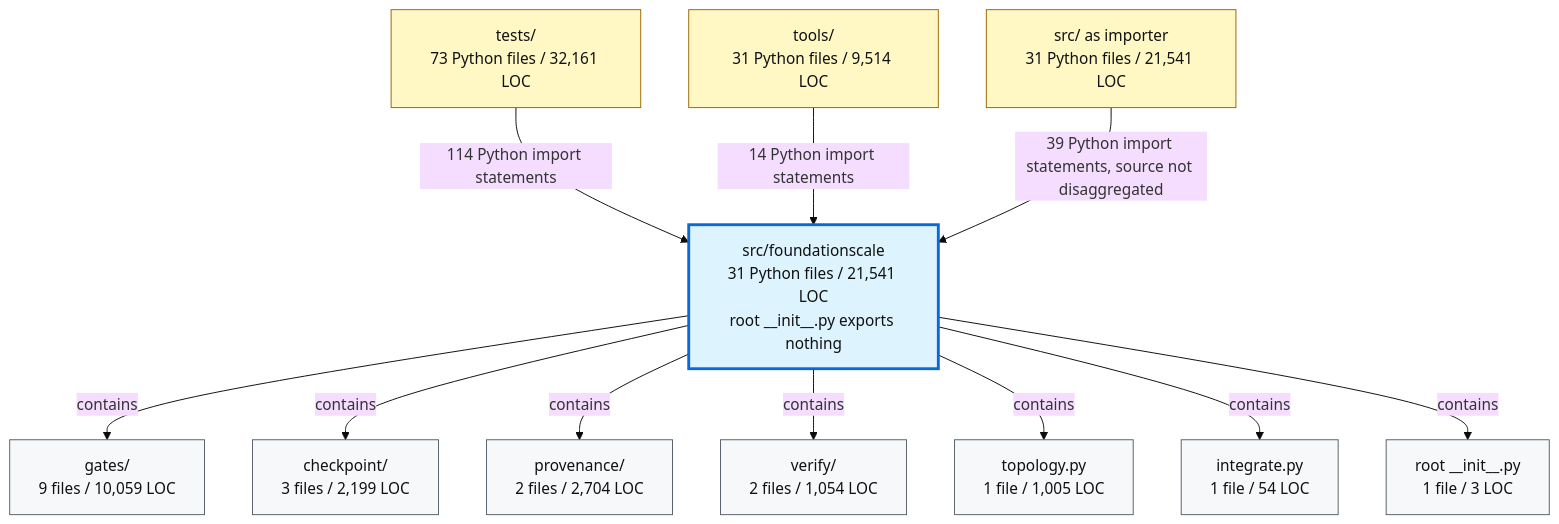
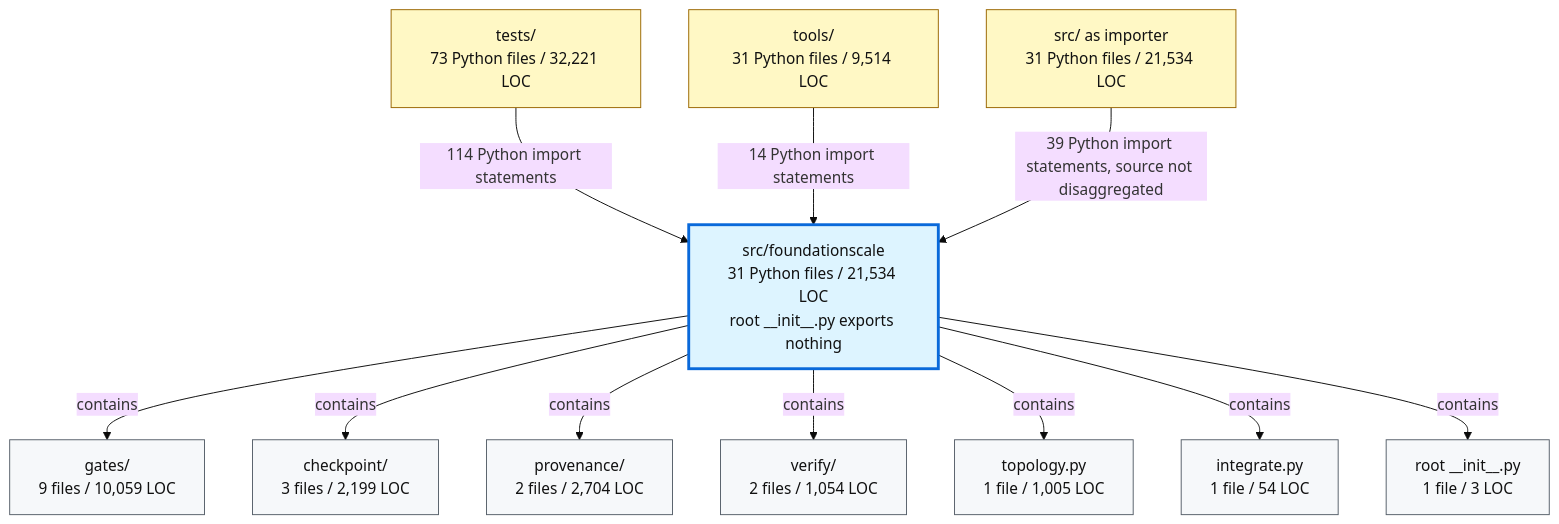
Before and after one commit to TranNhiem/FoundationScale: the second of 2 diagrams in docs/review/D2_current_architecture.md, drawn with Mermaid (base theme). The commit also changed other lines of this file and 12 other files, not shown here.

````diff
--- a/docs/review/D2_current_architecture.md
+++ b/docs/review/D2_current_architecture.md
@@ -97,36 +97,36 @@
 ```mermaid
 flowchart TB
-  TESTS["tests/<br/>73 Python files / 32,161 LOC"]
+  TESTS["tests/<br/>73 Python files / 32,221 LOC"]
   TOOLS["tools/<br/>31 Python files / 9,514 LOC"]
-  SRC["src/ as importer<br/>31 Python files / 21,541 LOC"]
+  SRC["src/ as importer<br/>31 Python files / 21,534 LOC"]
 
-  FS["src/foundationscale<br/>31 Python files / 21,541 LOC<br/>root __init__.py exports nothing"]
+  FS["src/foundationscale<br/>31 Python files / 21,534 LOC<br/>root __init__.py exports nothing"]
 
   GATES["gates/<br/>9 files / 10,059 LOC"]
   CKPT["checkpoint/<br/>3 files / 2,199 LOC"]
   PROV["provenance/<br/>2 files / 2,704 LOC"]
   VERIFY["verify/<br/>2 files / 1,054 LOC"]
   TOPO["topology.py<br/>1 file / 1,005 LOC"]
   INTEG["integrate.py<br/>1 file / 54 LOC"]
   ROOT["root __init__.py<br/>1 file / 3 LOC"]
 
   TESTS -->|"114 Python import statements"| FS
   TOOLS -->|"14 Python import statements"| FS
   SRC -->|"39 Python import statements, source not disaggregated"| FS
 
   FS -->|"contains"| GATES
   FS -->|"contains"| CKPT
   FS -->|"contains"| PROV
   FS -->|"contains"| VERIFY
   FS -->|"contains"| TOPO
   FS -->|"contains"| INTEG
   FS -->|"contains"| ROOT
 
   classDef consumer fill:#fff8c5,stroke:#9a6700,color:#111;
   classDef package fill:#ddf4ff,stroke:#0969da,stroke-width:3px,color:#111;
   classDef module fill:#f6f8fa,stroke:#57606a,color:#111;
 
   class TESTS,TOOLS,SRC consumer;
   class FS package;
   class GATES,CKPT,PROV,VERIFY,TOPO,INTEG,ROOT module;
 ```
````
